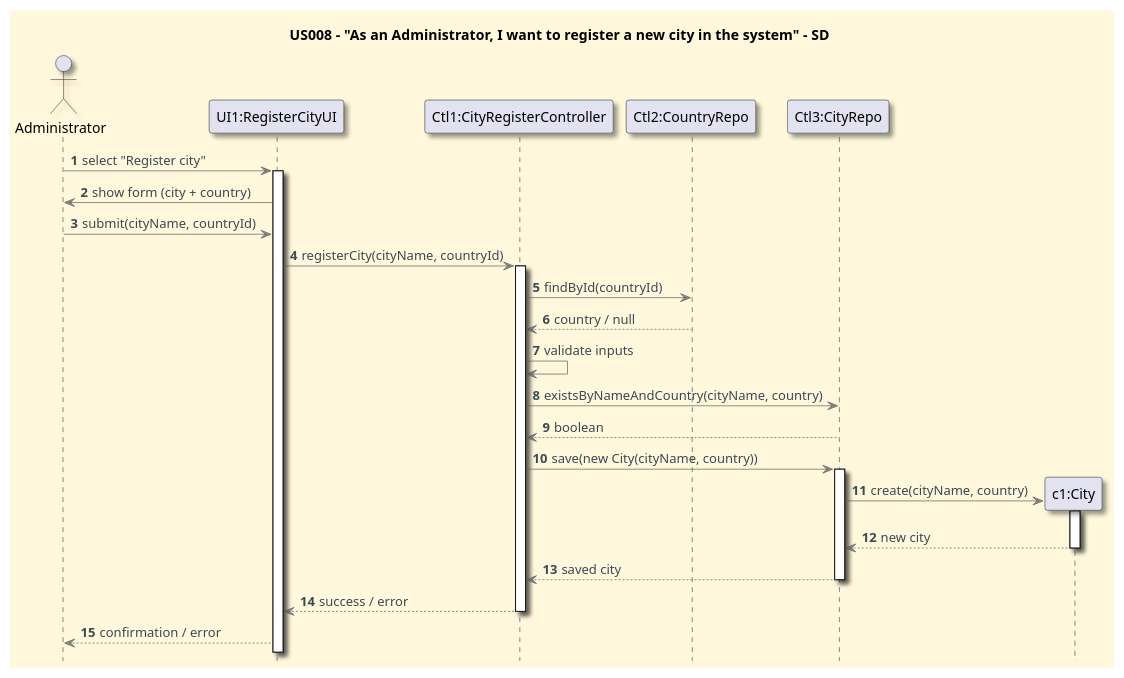
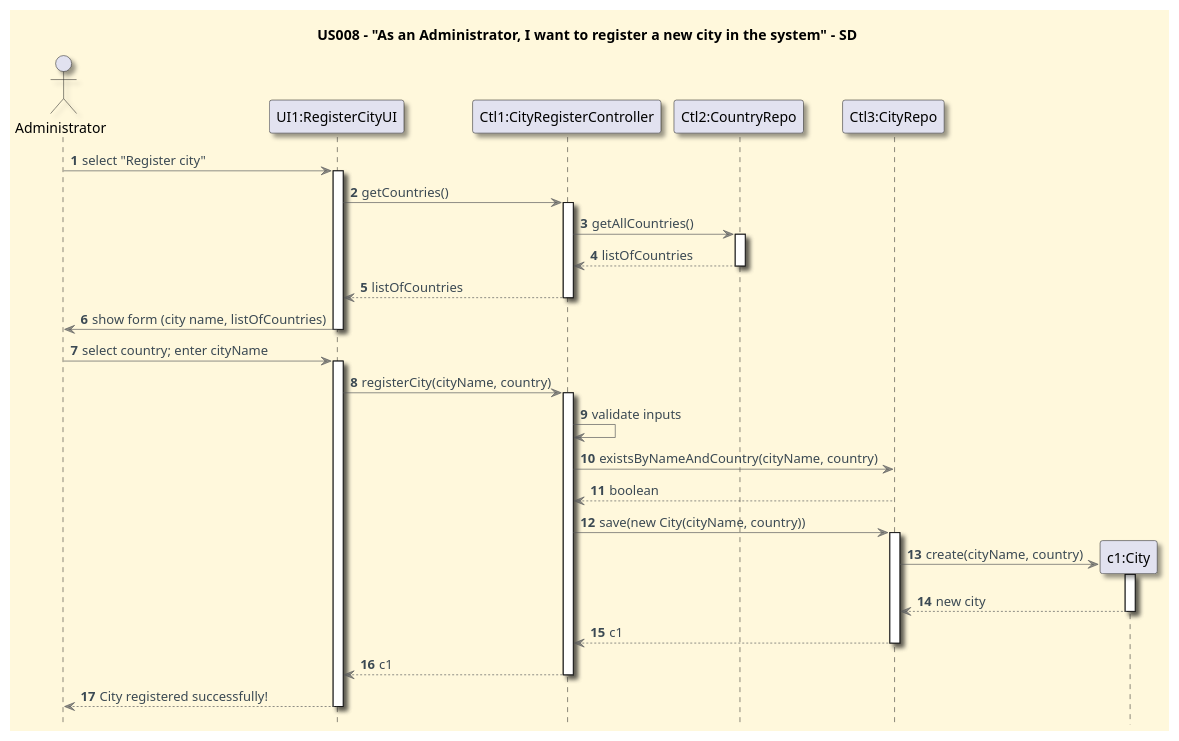
Before and after one commit to CarolinaLeite-collab/JavaMarketplacePlatform: the diagram in docs/userStories/US008/US008_register_a_city_SD.puml, drawn with PlantUML. The commit also changed 1 other file, not shown here.

```diff
--- a/docs/userStories/US008/US008_register_a_city_SD.puml
+++ b/docs/userStories/US008/US008_register_a_city_SD.puml
@@ -1,54 +1,67 @@
 @startuml
 title US008 - "As an Administrator, I want to register a new city in the system" - SD
 hidefootbox
 
 '==== basic style ====
 skinparam monochrome false
 skinparam shadowing true
 skinparam defaultFontName Futura
 skinparam objectFontSize 20
 skinparam backgroundColor CornSilk
 skinparam objectBackgroundColor WhiteSmoke
 skinparam noteBackgroundColor #FFFFE0
 skinparam ArrowFontColor #3B4953
 skinparam ArrowColor #57595BAA
 
 autonumber
 autoactivate off
 
 actor Administrator as Adm
 participant "UI1:RegisterCityUI" as UI
 participant "Ctl1:CityRegisterController" as Ctl
 participant "Ctl2:CountryRepo" as CountryRepo
 participant "Ctl3:CityRepo" as CityRepo
 
 ' 1. Admin requests to register a new city
 Adm -> UI: select "Register city"
 activate UI
 
-UI -> Adm: show form (city + country)
-Adm -> UI: submit(cityName, countryId)
+UI -> Ctl: getCountries()
+activate Ctl
+Ctl -> CountryRepo: getAllCountries()
+activate CountryRepo
+Ctl <-- CountryRepo: listOfCountries
+deactivate CountryRepo
+UI <-- Ctl: listOfCountries
+deactivate Ctl
 
-UI -> Ctl: registerCity(cityName, countryId)
+UI -> Adm: show form (city name, listOfCountries)
+deactivate UI
+Adm -> UI: select country; enter cityName
+activate UI
+
+' 3. UI submits city creation (passes selected country, already validated by list)
+UI -> Ctl: registerCity(cityName, country)
 activate Ctl
-
-' 2. Controller validates country existence
-Ctl -> CountryRepo: findById(countryId)
-CountryRepo --> Ctl: country / null
 
 Ctl -> Ctl: validate inputs
 Ctl -> CityRepo: existsByNameAndCountry(cityName, country)
 CityRepo --> Ctl: boolean
+
+' 5. Persist city when valid
 Ctl -> CityRepo: save(new City(cityName, country))
 activate CityRepo
 create "c1:City" as c1
 CityRepo -> c1: create(cityName, country)
 activate c1
 c1 --> CityRepo: new city
 deactivate c1
-CityRepo --> Ctl: saved city
+CityRepo --> Ctl: c1
 deactivate CityRepo
-Ctl --> UI: success / error
+
+' 6. UI feedback (mirror US007: object then message)
+Ctl --> UI: c1
 deactivate Ctl
-UI --> Adm: confirmation / error
+UI --> Adm: City registered successfully!
+deactivate UI
 @enduml
```
